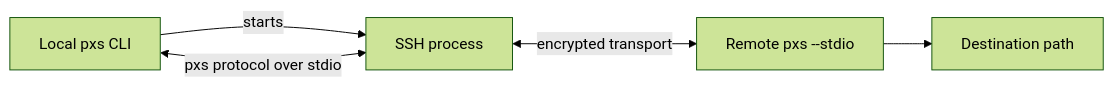
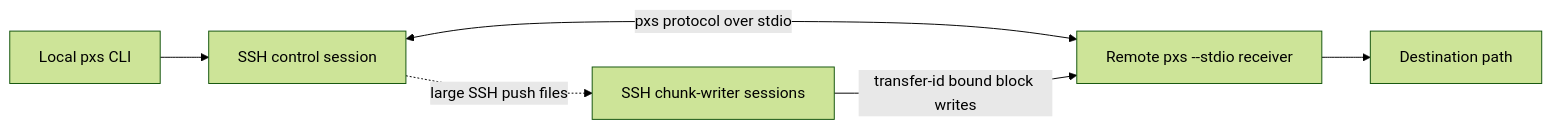
One commit to nbari/dsync changed the third of 4 diagrams in README.md. Above: the diagram before and after it, drawn with Mermaid (forest theme). The commit also changed other lines of this file and 23 other files, not shown here.

````diff
--- a/README.md
+++ b/README.md
@@ -114,7 +108,8 @@
 ```mermaid
 flowchart LR
-    CLI[Local pxs CLI] -->|starts| SSH[SSH process]
-    CLI <-->|pxs protocol over stdio| SSH
-    SSH <-->|encrypted transport| REMOTE[Remote pxs --stdio]
+    CLI[Local pxs CLI] --> CTRL[SSH control session]
+    CTRL <-->|pxs protocol over stdio| REMOTE[Remote pxs --stdio receiver]
     REMOTE --> DST[Destination path]
+    CTRL -. large SSH push files .-> WORKERS[SSH chunk-writer sessions]
+    WORKERS -->|transfer-id bound block writes| REMOTE
 ```
````
